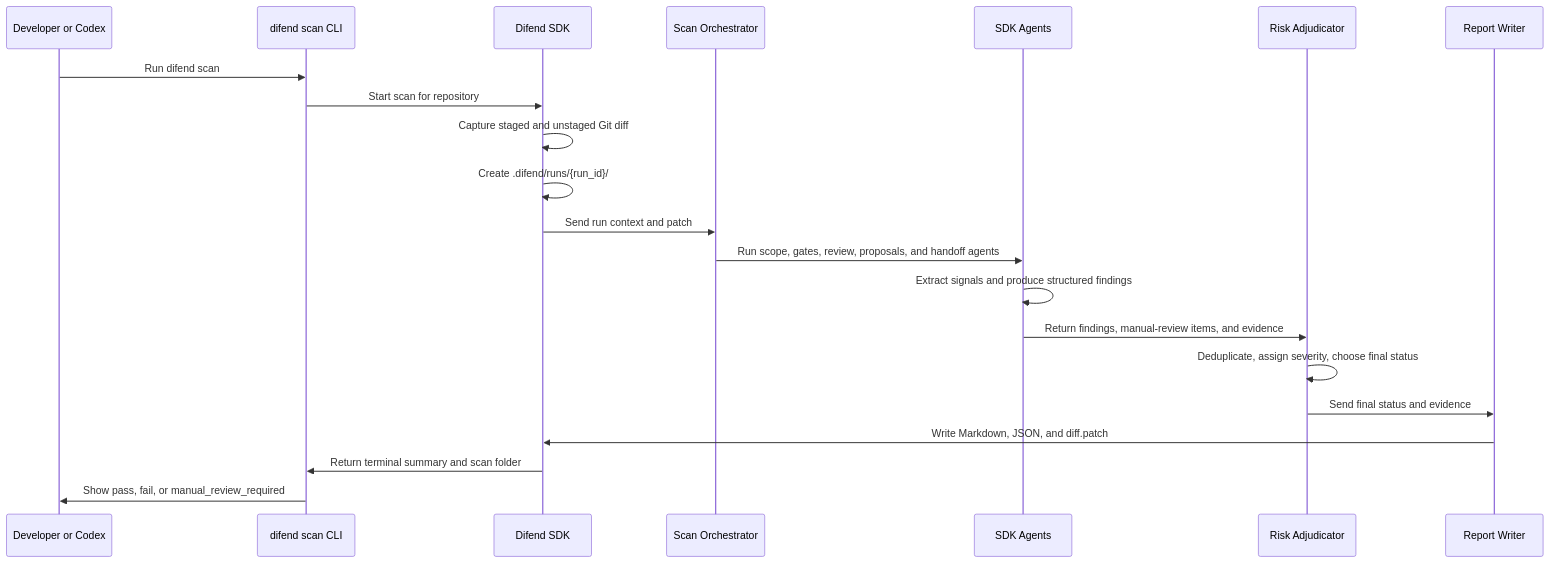
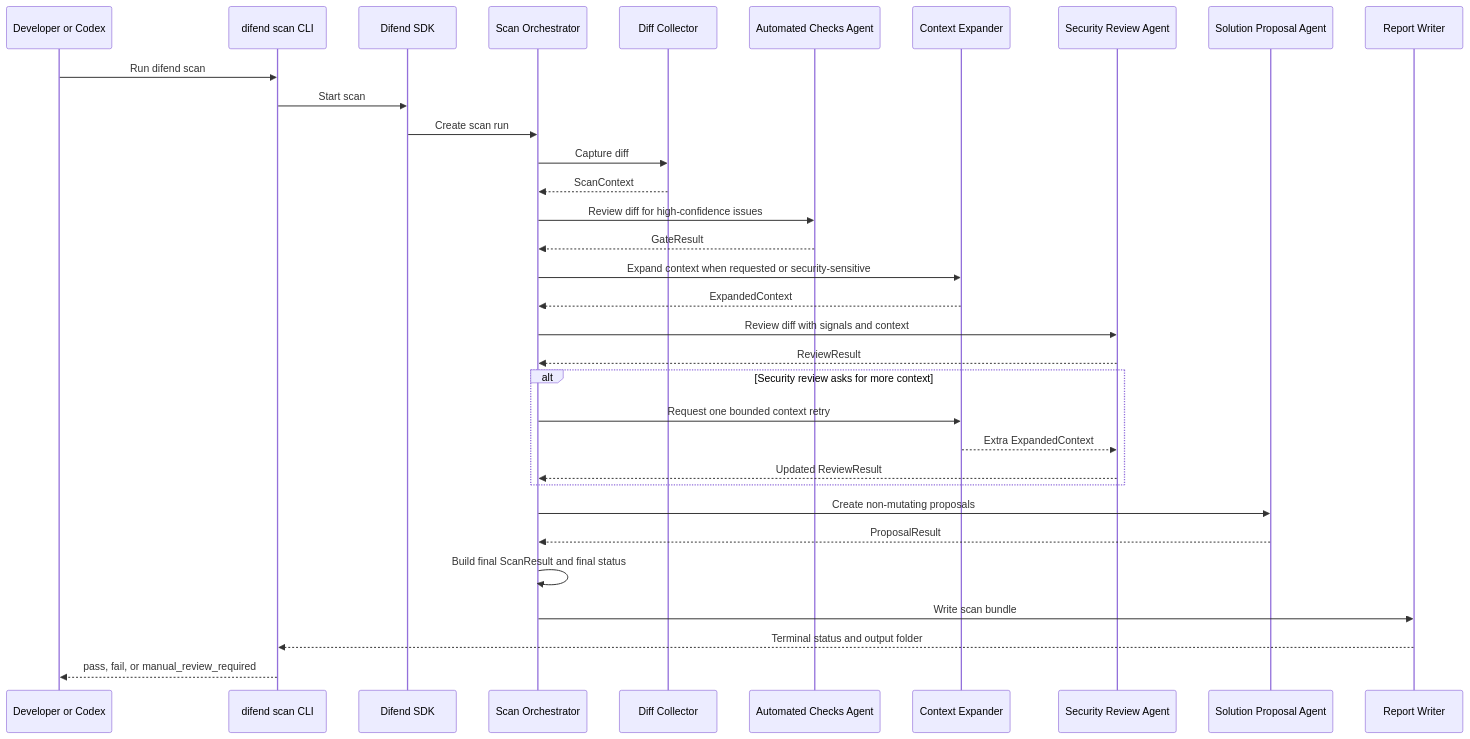
The second of 3 diagrams in README.md (VietToan210904/diffend), drawn with Mermaid before and after one commit. The commit also changed other lines of this file, not shown here.

````diff
--- a/README.md
+++ b/README.md
@@ -102,24 +191,36 @@
 ```mermaid
 sequenceDiagram
   participant Dev as Developer or Codex
   participant CLI as difend scan CLI
   participant SDK as Difend SDK
   participant Orch as Scan Orchestrator
-  participant Agents as SDK Agents
-  participant Adj as Risk Adjudicator
+  participant Diff as Diff Collector
+  participant Gates as Automated Checks Agent
+  participant Ctx as Context Expander
+  participant Review as Security Review Agent
+  participant Sol as Solution Proposal Agent
   participant Report as Report Writer
 
   Dev->>CLI: Run difend scan
-  CLI->>SDK: Start scan for repository
-  SDK->>SDK: Capture staged and unstaged Git diff
-  SDK->>SDK: Create .difend/runs/{run_id}/
-  SDK->>Orch: Send run context and patch
-  Orch->>Agents: Run scope, gates, review, proposals, and handoff agents
-  Agents->>Agents: Extract signals and produce structured findings
-  Agents->>Adj: Return findings, manual-review items, and evidence
-  Adj->>Adj: Deduplicate, assign severity, choose final status
-  Adj->>Report: Send final status and evidence
-  Report->>SDK: Write Markdown, JSON, and diff.patch
-  SDK->>CLI: Return terminal summary and scan folder
-  CLI->>Dev: Show pass, fail, or manual_review_required
+  CLI->>SDK: Start scan
+  SDK->>Orch: Create scan run
+  Orch->>Diff: Capture diff
+  Diff-->>Orch: ScanContext
+  Orch->>Gates: Review diff for high-confidence issues
+  Gates-->>Orch: GateResult
+  Orch->>Ctx: Expand context when requested or security-sensitive
+  Ctx-->>Orch: ExpandedContext
+  Orch->>Review: Review diff with signals and context
+  Review-->>Orch: ReviewResult
+  alt Security review asks for more context
+    Orch->>Ctx: Request one bounded context retry
+    Ctx-->>Review: Extra ExpandedContext
+    Review-->>Orch: Updated ReviewResult
+  end
+  Orch->>Sol: Create non-mutating proposals
+  Sol-->>Orch: ProposalResult
+  Orch->>Orch: Build final ScanResult and final status
+  Orch->>Report: Write scan bundle
+  Report-->>CLI: Terminal status and output folder
+  CLI-->>Dev: pass, fail, or manual_review_required
 ```
````
